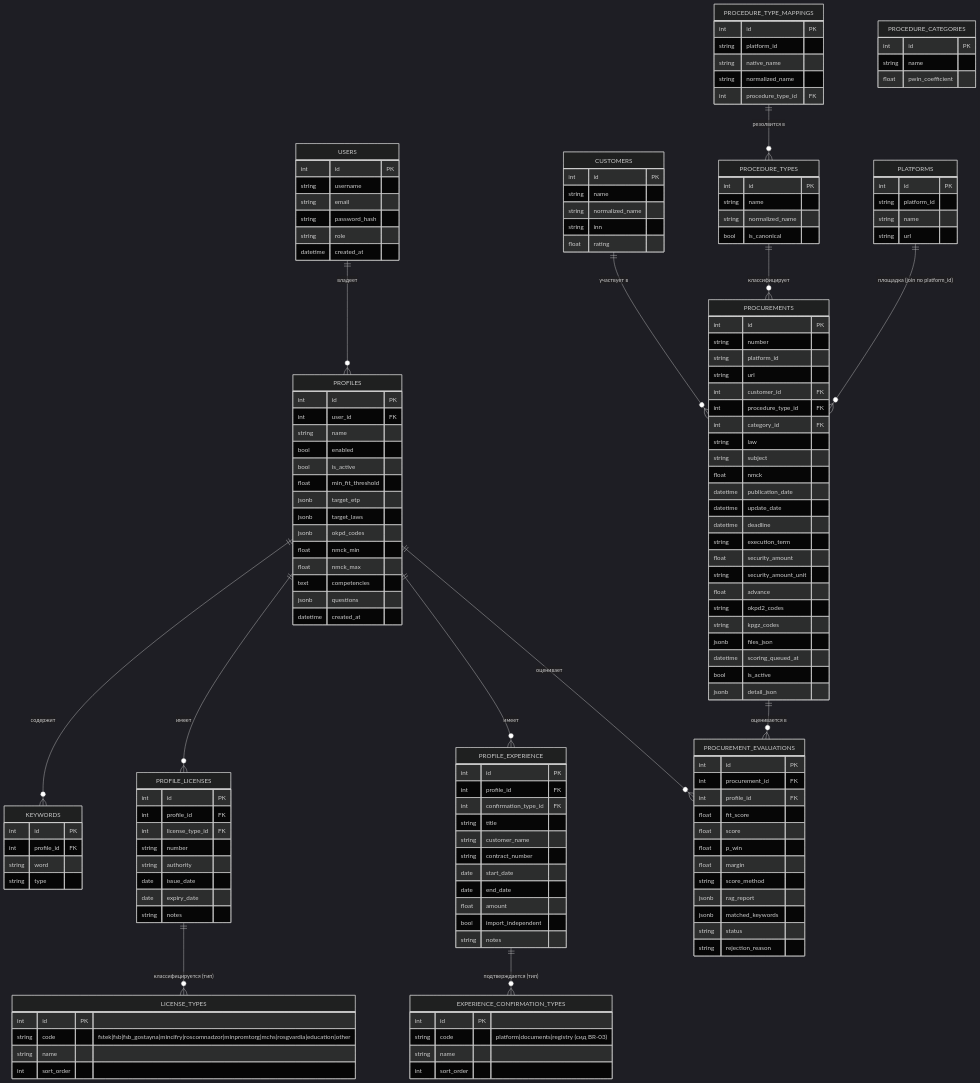
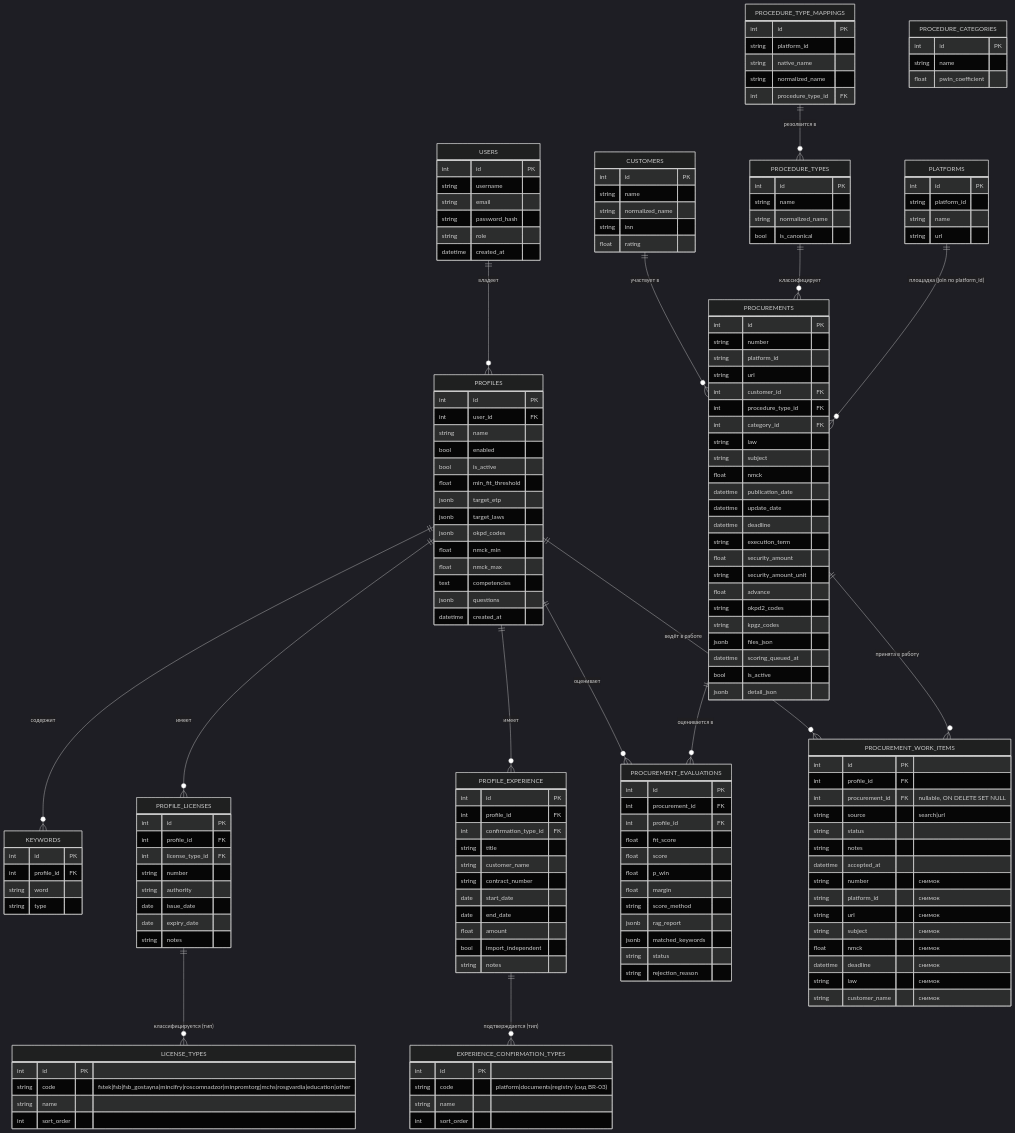
Before and after one commit to igorvolk1961/zakupki_parser: the first of 2 diagrams in docs/system_analysis/04_Data_and_NFR/01_er_diagram.md, drawn with Mermaid (dark theme). The commit also changed other lines of this file and 29 other files, not shown here.

````diff
--- a/docs/system_analysis/04_Data_and_NFR/01_er_diagram.md
+++ b/docs/system_analysis/04_Data_and_NFR/01_er_diagram.md
@@ -17,6 +17,8 @@
     PROFILE_LICENSES ||--o{ LICENSE_TYPES : "классифицируется (тип)"
     PROFILES ||--o{ PROCUREMENT_EVALUATIONS : "оценивает"
     PROCUREMENTS ||--o{ PROCUREMENT_EVALUATIONS : "оценивается в"
+    PROFILES ||--o{ PROCUREMENT_WORK_ITEMS : "ведёт в работе"
+    PROCUREMENTS ||--o{ PROCUREMENT_WORK_ITEMS : "принята в работу"
     CUSTOMERS ||--o{ PROCUREMENTS : "участвует в"
     PROCEDURE_TYPES ||--o{ PROCUREMENTS : "классифицирует"
     PROCEDURE_TYPE_MAPPINGS ||--o{ PROCEDURE_TYPES : "резолвится в"
@@ -170,4 +172,22 @@
         string status
         string rejection_reason
     }
+
+    PROCUREMENT_WORK_ITEMS {
+        int id PK
+        int profile_id FK
+        int procurement_id FK "nullable, ON DELETE SET NULL"
+        string source "search|url"
+        string status
+        string notes
+        datetime accepted_at
+        string number "снимок"
+        string platform_id "снимок"
+        string url "снимок"
+        string subject "снимок"
+        float nmck "снимок"
+        datetime deadline "снимок"
+        string law "снимок"
+        string customer_name "снимок"
+    }
 ```
````
